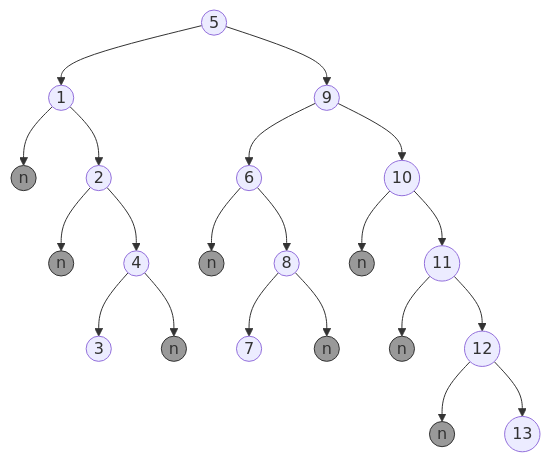
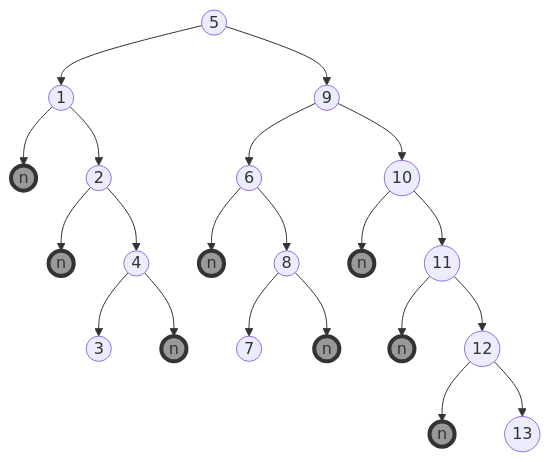
The second of 4 diagrams in docs/课程/高级数据结构与算法分析/Homework.md (Pxtkn/MyNotes), drawn with Mermaid before and after one commit. The commit also changed other lines of this file, not shown here.

````diff
--- a/docs/课程/高级数据结构与算法分析/Homework.md
+++ b/docs/课程/高级数据结构与算法分析/Homework.md
@@ -63,24 +63,24 @@
     ```mermaid
     graph TD
-    classDef null fill:#999,stroke:#333;
+    classDef null fill:#999,stroke:#333,stroke-width:4px
         5((5))-->1((1))
         5-->9((9))
         1-->a((n)):::null
         1-->2((2))
         2-->b((n)):::null
         2-->4((4))
         4-->3((3))
         4-->c((n)):::null
         9-->6((6))
         9-->10((10))
         6-->d((n)):::null
         6-->8((8))
         8-->7((7))
         8-->e((n)):::null
         10-->f((n)):::null
         10-->11((11))
         11-->g((n)):::null
         11-->12((12))
         12-->h((n)):::null
         12-->13((13))
     ```
````
